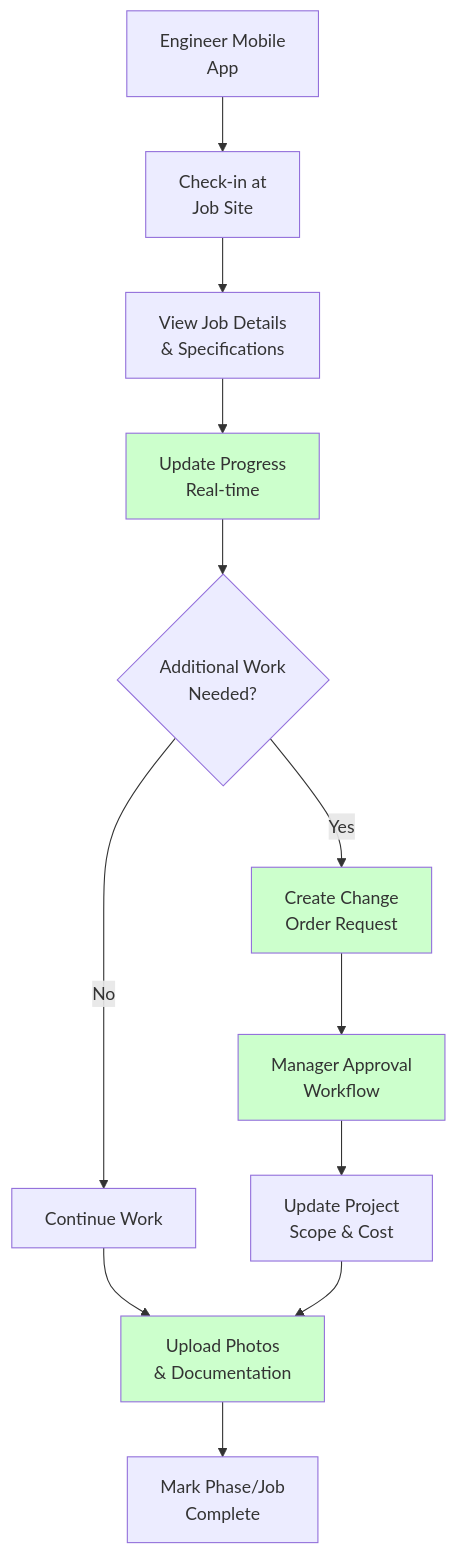
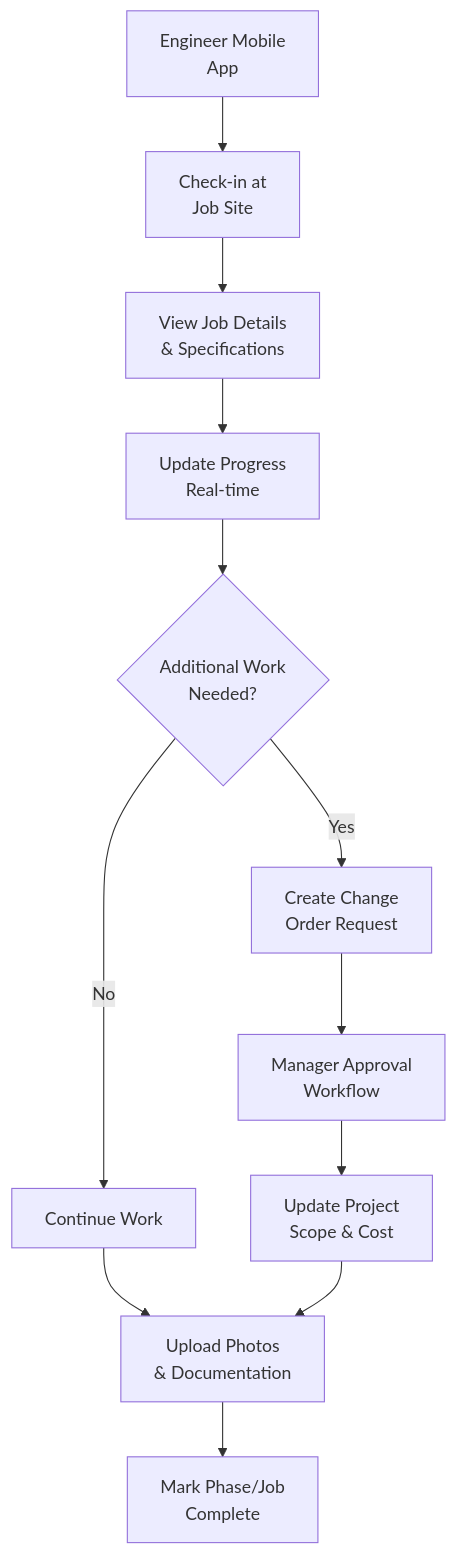
One commit to Seran003/xmechtest2 changed the third of 4 diagrams in scheduling/hvac-scheduling-proposed-solution.md. Above: the diagram before and after it, drawn with Mermaid. The commit also changed other lines of this file and 1 other file, not shown here.

````diff
--- a/scheduling/hvac-scheduling-proposed-solution.md
+++ b/scheduling/hvac-scheduling-proposed-solution.md
@@ -60,19 +52,15 @@
 ```mermaid
 flowchart TD
     A[Engineer Mobile<br/>App] --> B[Check-in at<br/>Job Site]
     B --> C[View Job Details<br/>& Specifications]
     C --> D[Update Progress<br/>Real-time]
     D --> E{Additional Work<br/>Needed?}
     E -->|Yes| F[Create Change<br/>Order Request]
     E -->|No| G[Continue Work]
     F --> H[Manager Approval<br/>Workflow]
     H --> I[Update Project<br/>Scope & Cost]
     G --> J[Upload Photos<br/>& Documentation]
     I --> J
     J --> K[Mark Phase/Job<br/>Complete]
     
-    style D fill:#ccffcc
-    style F fill:#ccffcc
-    style H fill:#ccffcc
-    style J fill:#ccffcc
 ```
````
